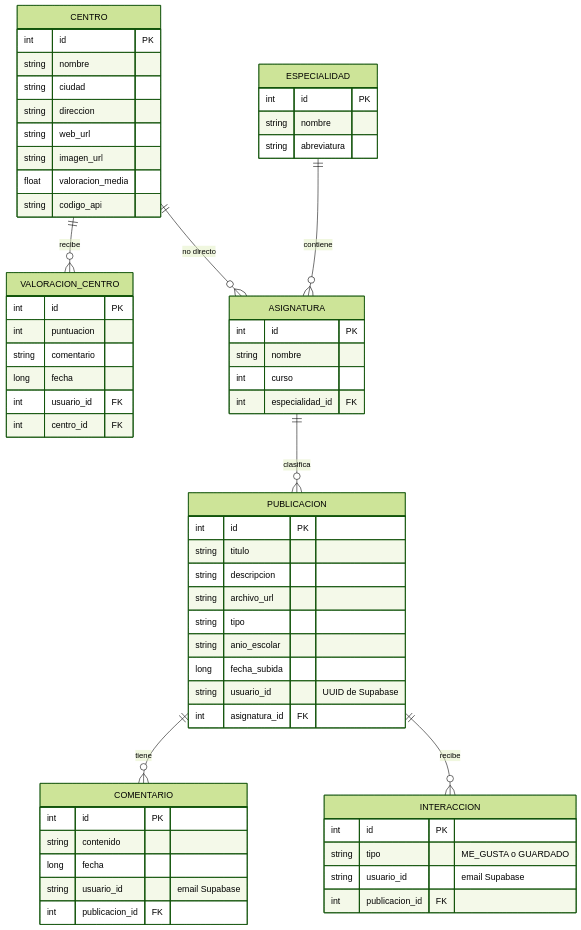
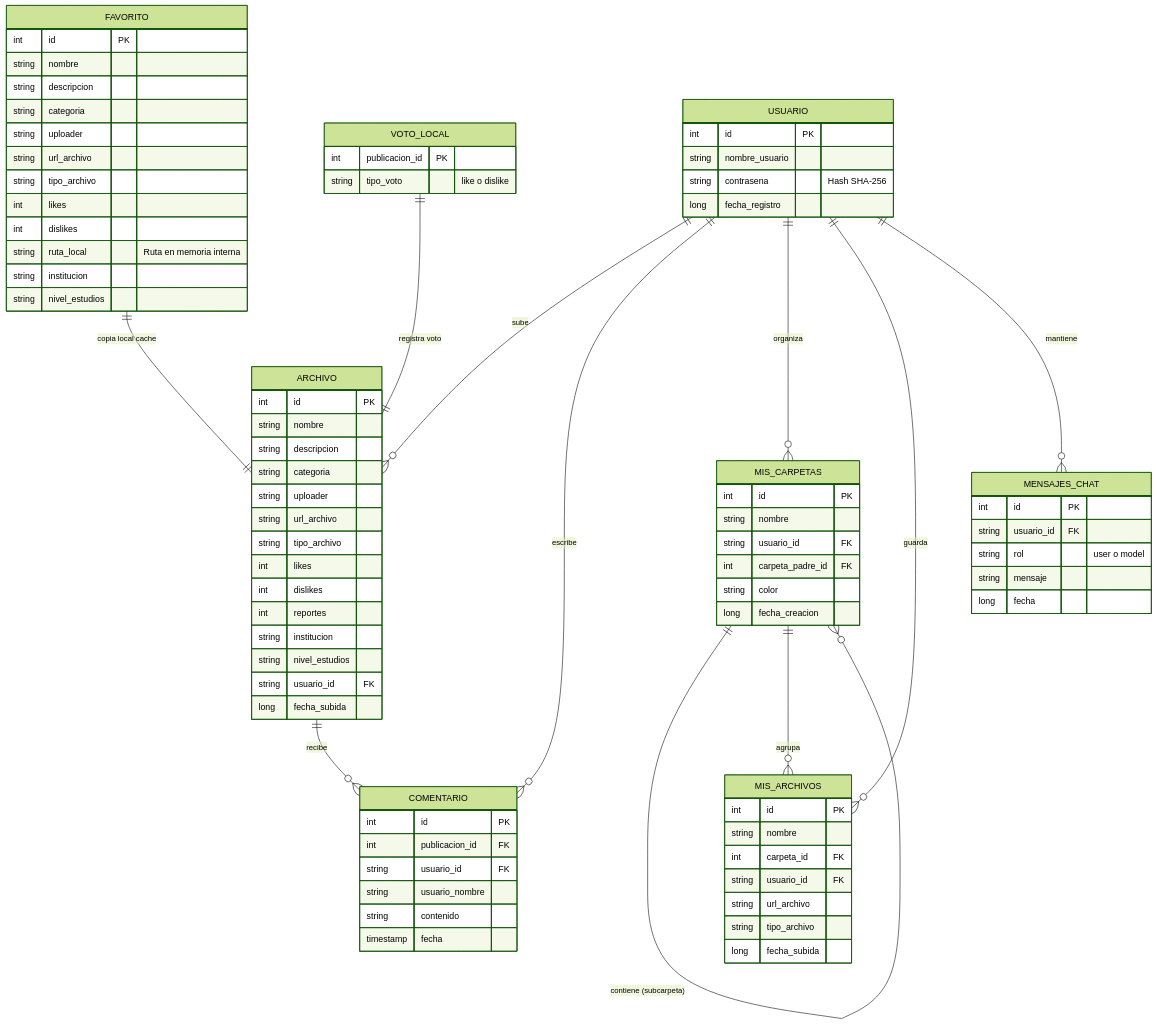
The diagram in README.md (Antoniomba23/PROYECTO-FINAL-ANDROID-SEGUNDO-DAM), drawn with Mermaid (forest theme) before and after one commit. The commit also changed other lines of this file and 67 other files, not shown here.

````diff
--- a/README.md
+++ b/README.md
@@ -111,69 +80,97 @@
 ```mermaid
 erDiagram
-    CENTRO ||--o{ VALORACION_CENTRO : "recibe"
-    CENTRO ||--o{ ASIGNATURA : "no directo"
-    ESPECIALIDAD ||--o{ ASIGNATURA : "contiene"
-    ASIGNATURA ||--o{ PUBLICACION : "clasifica"
-    PUBLICACION ||--o{ COMENTARIO : "tiene"
-    PUBLICACION ||--o{ INTERACCION : "recibe"
+    %% Base de datos remota en Supabase
+    USUARIO ||--o{ ARCHIVO : "sube"
+    USUARIO ||--o{ COMENTARIO : "escribe"
+    USUARIO ||--o{ MIS_CARPETAS : "organiza"
+    USUARIO ||--o{ MIS_ARCHIVOS : "guarda"
+    USUARIO ||--o{ MENSAJES_CHAT : "mantiene"
 
-    CENTRO {
+    ARCHIVO ||--o{ COMENTARIO : "recibe"
+    MIS_CARPETAS ||--o{ MIS_CARPETAS : "contiene (subcarpeta)"
+    MIS_CARPETAS ||--o{ MIS_ARCHIVOS : "agrupa"
+
+    %% Base de datos local (Room)
+    FAVORITO ||--|| ARCHIVO : "copia local cache"
+    VOTO_LOCAL ||--|| ARCHIVO : "registra voto"
+
+    USUARIO {
+        int id PK
+        string nombre_usuario
+        string contrasena "Hash SHA-256"
+        long fecha_registro
+    }
+
+    ARCHIVO {
         int id PK
         string nombre
-        string ciudad
-        string direccion
-        string web_url
-        string imagen_url
-        float valoracion_media
-        string codigo_api
-    }
-
-    ESPECIALIDAD {
-        int id PK
-        string nombre
-        string abreviatura
-    }
-
-    ASIGNATURA {
-        int id PK
-        string nombre
-        int curso
-        int especialidad_id FK
-    }
-
-    PUBLICACION {
-        int id PK
-        string titulo
         string descripcion
-        string archivo_url
-        string tipo
-        string anio_escolar
+        string categoria
+        string uploader
+        string url_archivo
+        string tipo_archivo
+        int likes
+        int dislikes
+        int reportes
+        string institucion
+        string nivel_estudios
+        string usuario_id FK
         long fecha_subida
-        string usuario_id "UUID de Supabase"
-        int asignatura_id FK
     }
 
     COMENTARIO {
         int id PK
+        int publicacion_id FK
+        string usuario_id FK
+        string usuario_nombre
         string contenido
-        long fecha
-        string usuario_id "email Supabase"
-        int publicacion_id FK
+        timestamp fecha
     }
 
-    INTERACCION {
+    MIS_CARPETAS {
         int id PK
-        string tipo "ME_GUSTA o GUARDADO"
-        string usuario_id "email Supabase"
-        int publicacion_id FK
+        string nombre
+        string usuario_id FK
+        int carpeta_padre_id FK
+        string color
+        long fecha_creacion
     }
 
-    VALORACION_CENTRO {
+    MIS_ARCHIVOS {
         int id PK
-        int puntuacion
-        string comentario
+        string nombre
+        int carpeta_id FK
+        string usuario_id FK
+        string url_archivo
+        string tipo_archivo
+        long fecha_subida
+    }
+
+    MENSAJES_CHAT {
+        int id PK
+        string usuario_id FK
+        string rol "user o model"
+        string mensaje
         long fecha
-        int usuario_id FK
-        int centro_id FK
+    }
+
+    FAVORITO {
+        int id PK
+        string nombre
+        string descripcion
+        string categoria
+        string uploader
+        string url_archivo
+        string tipo_archivo
+        int likes
+        int dislikes
+        string ruta_local "Ruta en memoria interna"
+        string institucion
+        string nivel_estudios
+    }
+
+    VOTO_LOCAL {
+        int publicacion_id PK
+        string tipo_voto "like o dislike"
     }
 ```
````
